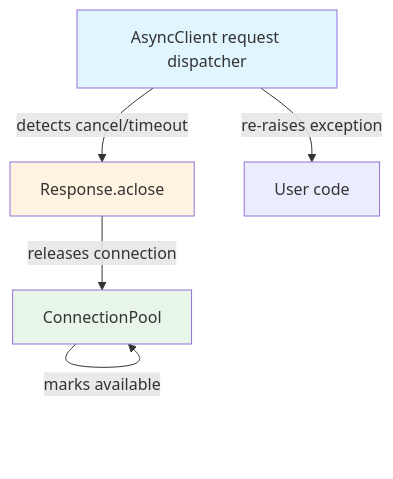
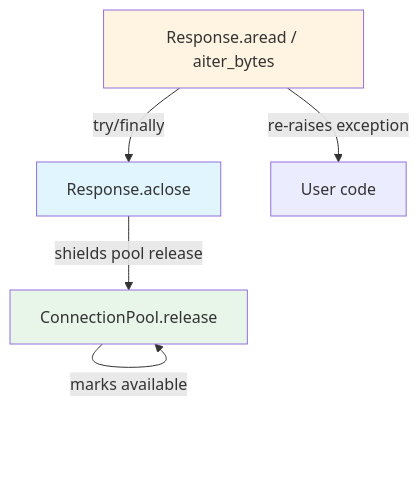
One commit to pavithrachandran70/Httpx-Hub-Repo changed the second of 2 diagrams in features/PER-81/hld.md. Above: the diagram before and after it, drawn with Mermaid. The commit also changed other lines of this file and 14 other files, not shown here.

Commit message:
adlc(state): PER-81 waiting architect_review

````diff
--- a/features/PER-81/hld.md
+++ b/features/PER-81/hld.md
@@ -194,10 +195,10 @@
 ```mermaid
 graph TD
-    A[AsyncClient request dispatcher] -->|detects cancel/timeout| B[Response.aclose]
-    B -->|releases connection| C[ConnectionPool]
+    A[Response.aread / aiter_bytes] -->|try/finally| B[Response.aclose]
+    B -->|shields pool release| C[ConnectionPool.release]
     C -->|marks available| C
     A -->|re-raises exception| D[User code]
-    style A fill:#e1f5ff
-    style B fill:#fff4e1
+    style A fill:#fff4e1
+    style B fill:#e1f5ff
     style C fill:#e8f5e9
 ```
````
